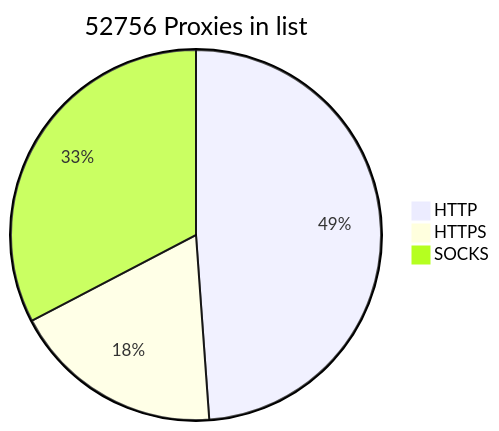
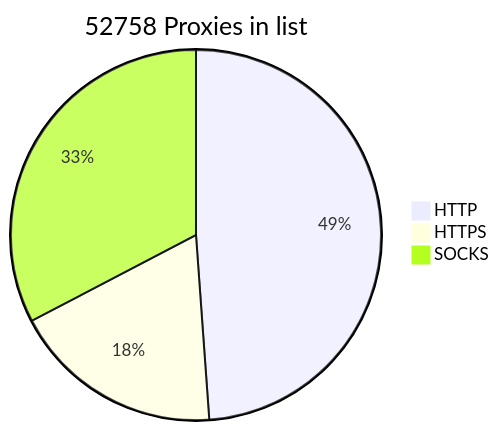
One commit to BlackSnowDot/proxylist-update-every-minute changed the diagram in README.md. Above: the diagram before and after it, drawn with Mermaid.

````diff
--- a/README.md
+++ b/README.md
@@ -2,6 +2,6 @@
 ```mermaid
-pie title 52756 Proxies in list
+pie title 52758 Proxies in list
     "HTTP" : 29012
-    "HTTPS": 10974
+    "HTTPS": 10976
     "SOCKS" : 19394
 ```
````
